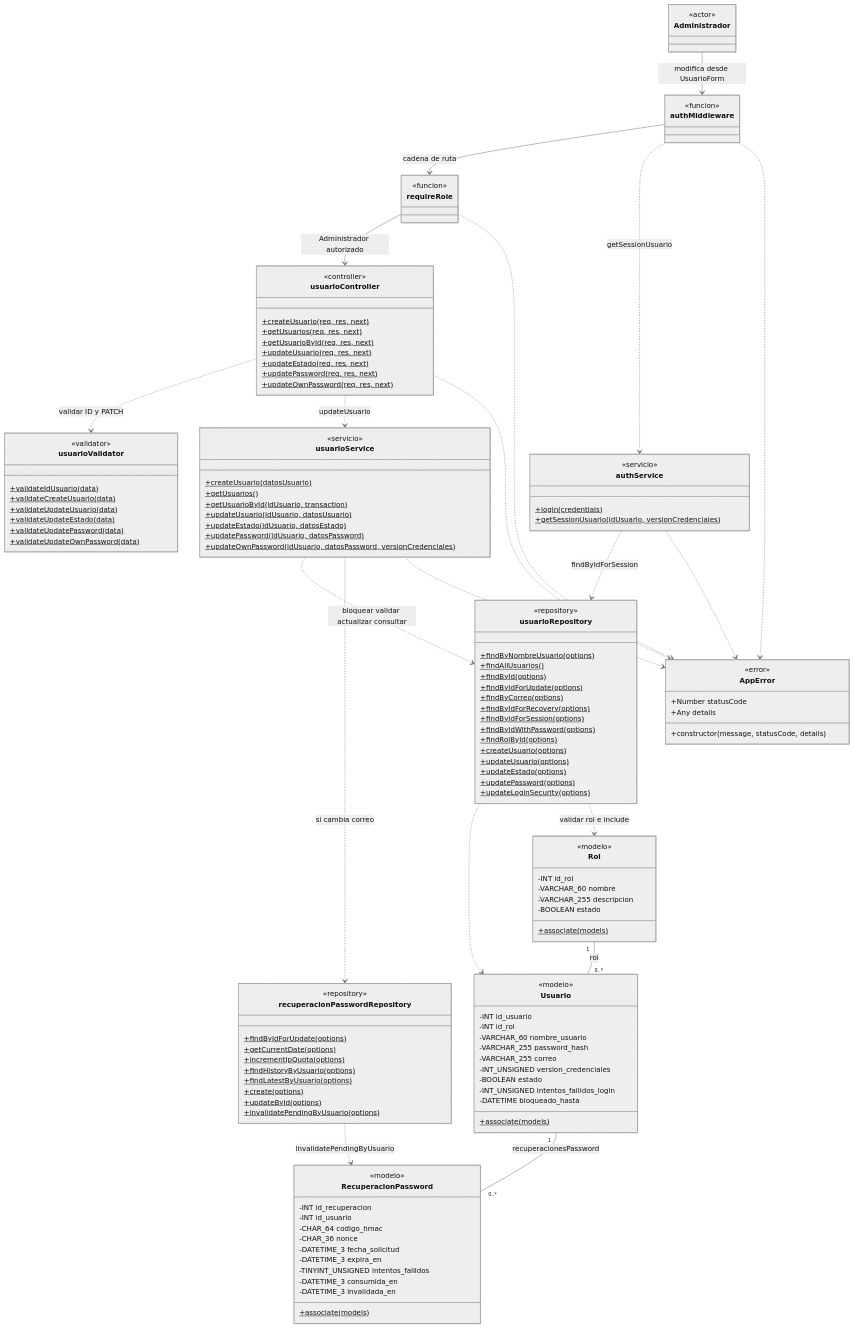
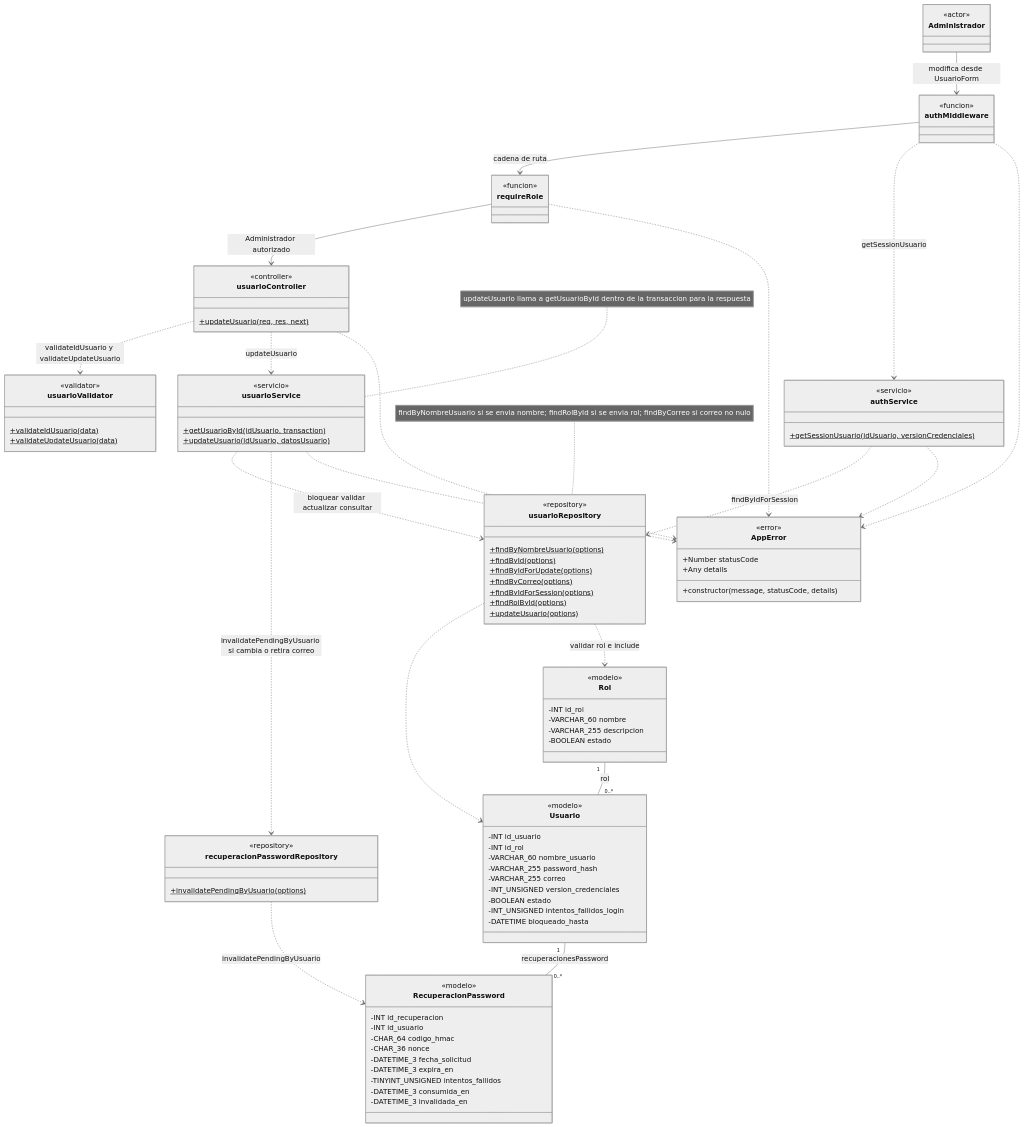
One commit to CreepyBowDev/cadefar-inventory-system changed the sixth of 34 diagrams in docs/ai/analisis-clase.md. Above: the diagram before and after it, drawn with Mermaid (neutral theme). The commit also changed other lines of this file, not shown here.

````diff
--- a/docs/ai/analisis-clase.md
+++ b/docs/ai/analisis-clase.md
@@ -674,64 +649,34 @@
     class requireRole { <<funcion>> }
     class usuarioController {
         <<controller>>
-        +createUsuario(req, res, next)$
-        +getUsuarios(req, res, next)$
-        +getUsuarioById(req, res, next)$
         +updateUsuario(req, res, next)$
-        +updateEstado(req, res, next)$
-        +updatePassword(req, res, next)$
-        +updateOwnPassword(req, res, next)$
     }
     class usuarioValidator {
         <<validator>>
         +validateIdUsuario(data)$
-        +validateCreateUsuario(data)$
         +validateUpdateUsuario(data)$
-        +validateUpdateEstado(data)$
-        +validateUpdatePassword(data)$
-        +validateUpdateOwnPassword(data)$
     }
     class usuarioService {
         <<servicio>>
-        +createUsuario(datosUsuario)$
-        +getUsuarios()$
         +getUsuarioById(idUsuario, transaction)$
         +updateUsuario(idUsuario, datosUsuario)$
-        +updateEstado(idUsuario, datosEstado)$
-        +updatePassword(idUsuario, datosPassword)$
-        +updateOwnPassword(idUsuario, datosPassword, versionCredenciales)$
     }
     class authService {
         <<servicio>>
-        +login(credentials)$
         +getSessionUsuario(idUsuario, versionCredenciales)$
     }
     class usuarioRepository {
         <<repository>>
         +findByNombreUsuario(options)$
-        +findAllUsuarios()$
         +findById(options)$
         +findByIdForUpdate(options)$
         +findByCorreo(options)$
-        +findByIdForRecovery(options)$
         +findByIdForSession(options)$
-        +findByIdWithPassword(options)$
         +findRolById(options)$
-        +createUsuario(options)$
         +updateUsuario(options)$
-        +updateEstado(options)$
-        +updatePassword(options)$
-        +updateLoginSecurity(options)$
     }
     class recuperacionPasswordRepository {
         <<repository>>
-        +findByIdForUpdate(options)$
-        +getCurrentDate(options)$
-        +incrementIpQuota(options)$
-        +findHistoryByUsuario(options)$
-        +findLatestByUsuario(options)$
-        +create(options)$
-        +updateById(options)$
         +invalidatePendingByUsuario(options)$
     }
     class Usuario {
@@ -745,7 +690,6 @@
         -BOOLEAN estado
         -INT_UNSIGNED intentos_fallidos_login
         -DATETIME bloqueado_hasta
-        +associate(models)$
     }
     class Rol {
         <<modelo>>
@@ -753,7 +697,6 @@
         -VARCHAR_60 nombre
         -VARCHAR_255 descripcion
         -BOOLEAN estado
-        +associate(models)$
     }
     class RecuperacionPassword {
         <<modelo>>
@@ -766,7 +709,6 @@
         -TINYINT_UNSIGNED intentos_fallidos
         -DATETIME_3 consumida_en
         -DATETIME_3 invalidada_en
-        +associate(models)$
     }
     class AppError {
         <<error>>
@@ -782,15 +724,17 @@
     requireRole ..> AppError
     authService ..> usuarioRepository : findByIdForSession
     authService ..> AppError
-    usuarioController ..> usuarioValidator : validar ID y PATCH
+    usuarioController ..> usuarioValidator : validateIdUsuario y validateUpdateUsuario
     usuarioController ..> usuarioService : updateUsuario
     usuarioController ..> AppError
     usuarioService ..> usuarioRepository : bloquear validar actualizar consultar
-    usuarioService ..> recuperacionPasswordRepository : si cambia correo
+    usuarioService ..> recuperacionPasswordRepository : invalidatePendingByUsuario si cambia o retira correo
     usuarioService ..> AppError
     usuarioRepository ..> Usuario
     usuarioRepository ..> Rol : validar rol e include
     recuperacionPasswordRepository ..> RecuperacionPassword : invalidatePendingByUsuario
     Rol "1" -- "0..*" Usuario : rol
     Usuario "1" -- "0..*" RecuperacionPassword : recuperacionesPassword
+    note for usuarioService "updateUsuario llama a getUsuarioById dentro de la transaccion para la respuesta"
+    note for usuarioRepository "findByNombreUsuario si se envia nombre; findRolById si se envia rol; findByCorreo si correo no nulo"
 ```
````
